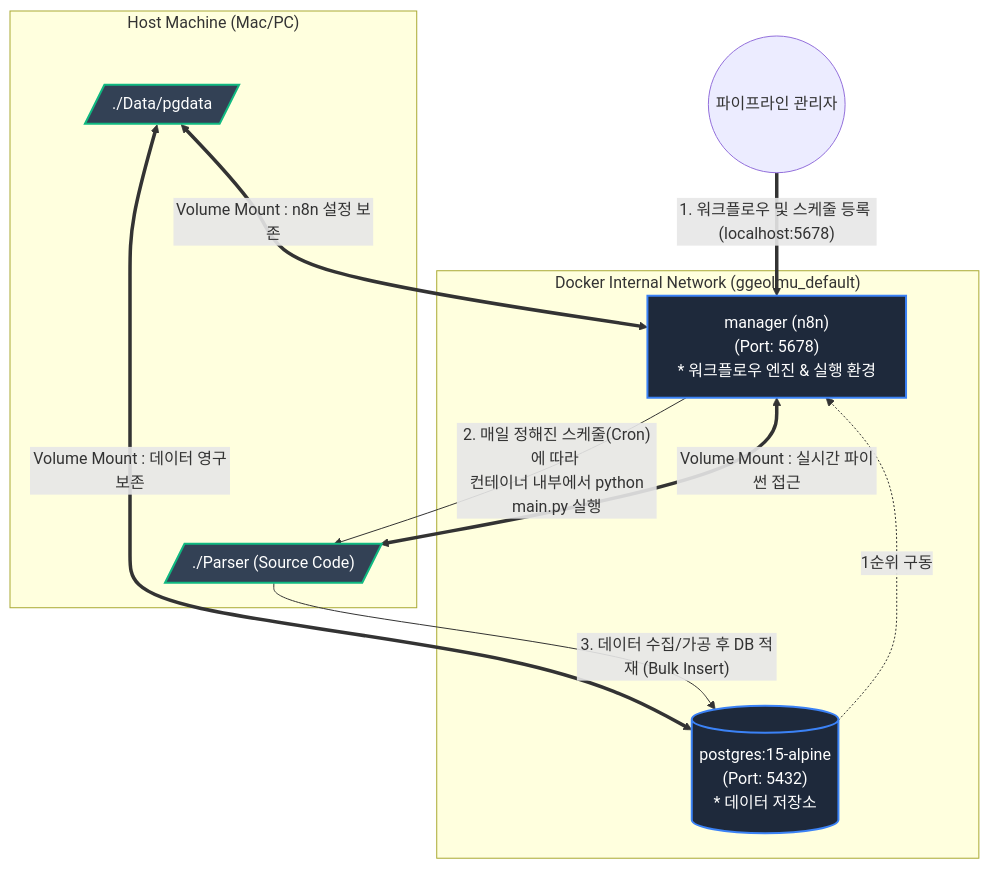
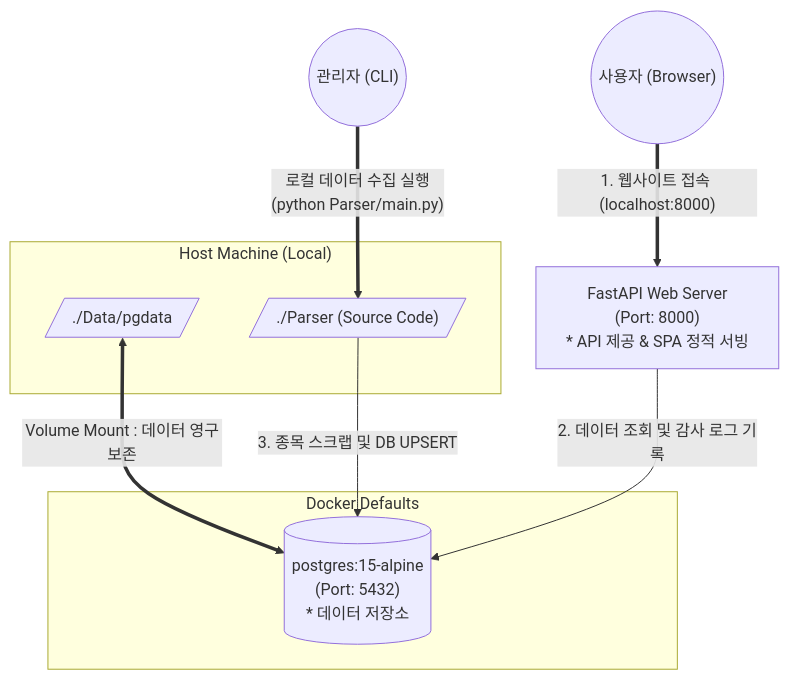
Before and after one commit to hugingstar/ggeolmu: the first of 2 diagrams in README.md, drawn with Mermaid. The commit also changed other lines of this file and 12 other files, not shown here.

Commit message:
feat: implement SPA stock search web app and remove n8n configuration

````diff
--- a/README.md
+++ b/README.md
@@ -11,38 +14,29 @@
 ```mermaid
 flowchart TD
     %% 사용자 및 로컬 호스트
-    Admin(("파이프라인 관리자"))
+    User(("사용자 (Browser)"))
+    Admin(("관리자 (CLI)"))
     
-    subgraph Host ["Host Machine (Mac/PC)"]
+    subgraph Host ["Host Machine (Local)"]
         LocalData[/"./Data/pgdata"/]
         LocalParser[/"./Parser (Source Code)"/]
     end
 
     %% 도커 네트워크 내부
-    subgraph DockerNetwork ["Docker Internal Network (ggeolmu_default)"]
-        %% Manager Tier (Scheduler & Workflow)
-        Manager["manager (n8n) <br> (Port: 5678) <br> * 워크플로우 엔진 & 실행 환경"]
-        
-        %% DB Tier
+    subgraph DockerNetwork ["Docker Defaults"]
         DB[("postgres:15-alpine <br> (Port: 5432) <br> * 데이터 저장소")]
     end
 
-    %% 실행 트리거 및 의존성 (depends_on)
-    DB -. "1순위 구동" .-> Manager
+    %% 웹/API 서버 (FastAPI)
+    FastAPI["FastAPI Web Server <br> (Port: 8000) <br> * API 제공 & SPA 정적 서빙"]
 
-    %% 파일 시스템 볼륨 매핑
+    %% 볼륨 매핑
     LocalData <==>|Volume Mount : 데이터 영구보존| DB
-    LocalData <==>|Volume Mount : n8n 설정 보존| Manager
-    LocalParser <==>|Volume Mount : 실시간 파이썬 접근| Manager
 
-    %% 관리자 데이터 파이프라인 트리거 (자동화)
-    Admin == "1. 워크플로우 및 스케줄 등록 (localhost:5678)" ==> Manager
-    Manager -- "2. 매일 정해진 스케줄(Cron)에 따라 <br> 컨테이너 내부에서 python main.py 실행" --> LocalParser
-    LocalParser -- "3. 데이터 수집/가공 후 DB 적재 (Bulk Insert)" --> DB
-
-    classDef container fill:#1e293b,stroke:#3b82f6,stroke-width:2px,color:#fff;
-    classDef storage fill:#334155,stroke:#10b981,stroke-width:2px,color:#fff;
+    %% 실행 및 요청 관계
+    User == "1. 웹사이트 접속 (localhost:8000)" ==> FastAPI
+    FastAPI -- "2. 데이터 조회 및 감사 로그 기록" --> DB
     
-    class DB,Manager container;
-    class LocalData,LocalParser storage;
+    Admin == "로컬 데이터 수집 실행 <br> (python Parser/main.py)" ==> LocalParser
+    LocalParser -- "3. 종목 스크랩 및 DB UPSERT" --> DB
 ```
````
